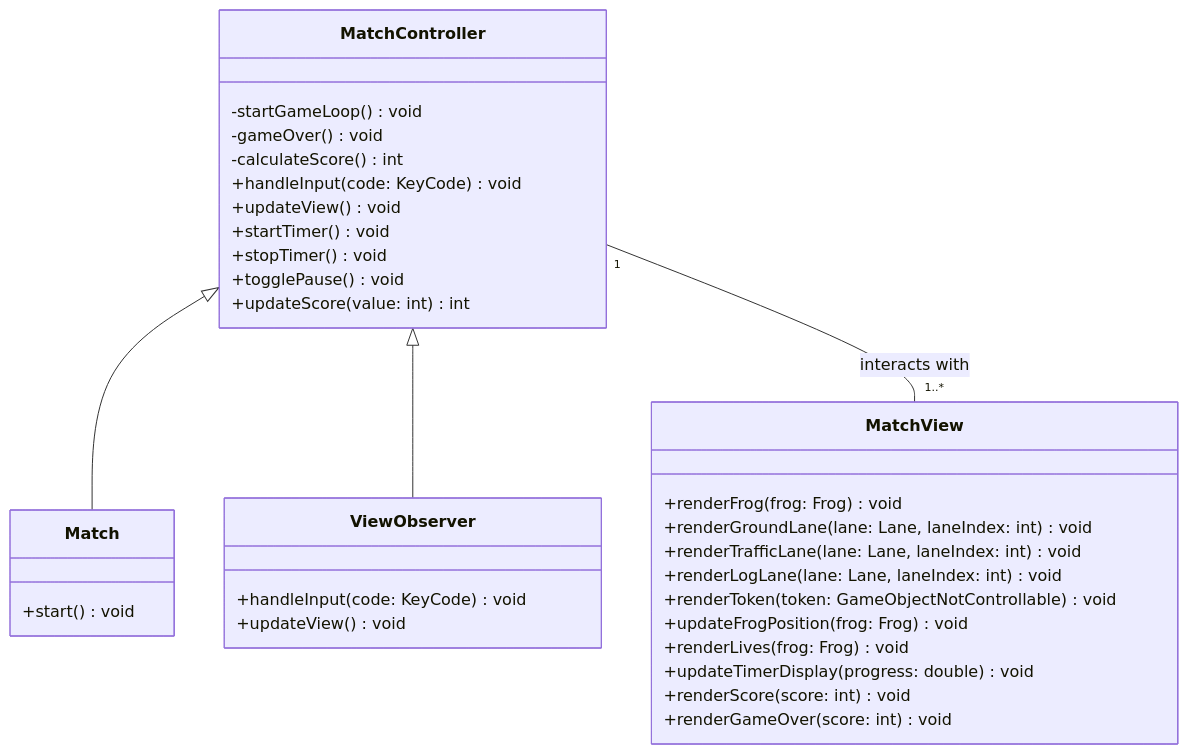
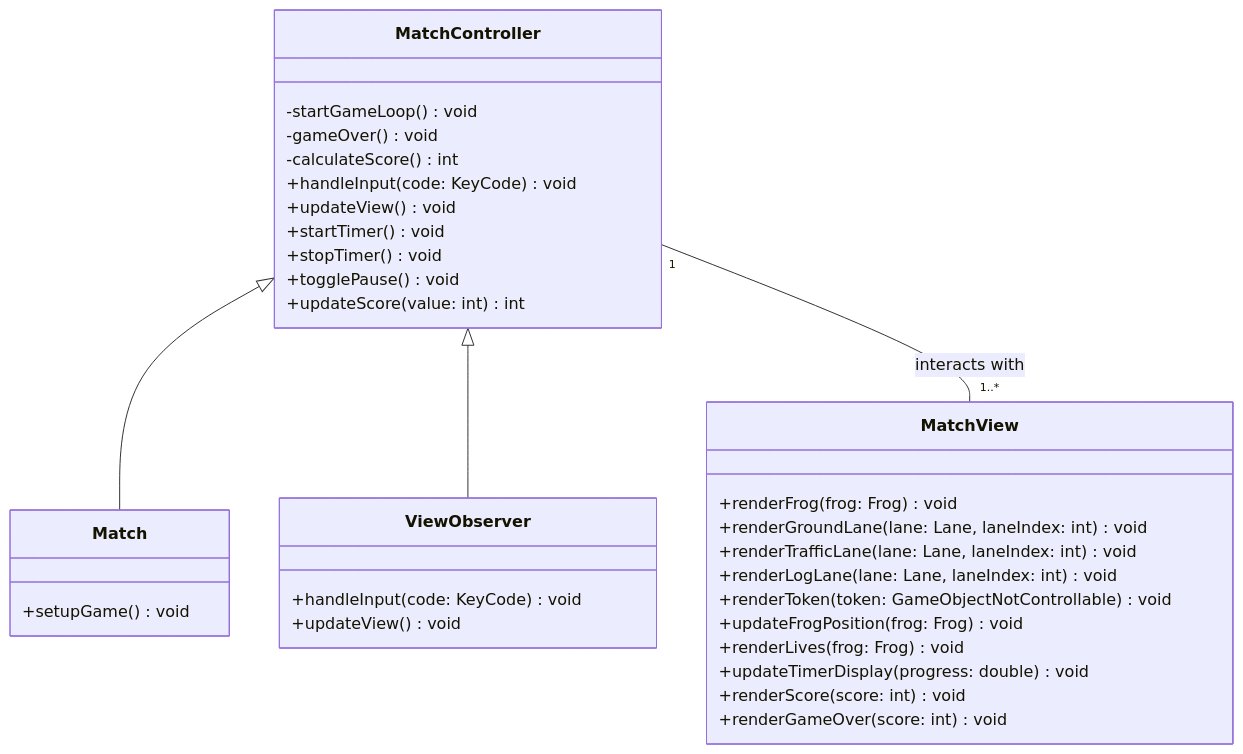
One commit to giuliavanni/frogger changed the second of 4 diagrams in README.md. Above: the diagram before and after it, drawn with Mermaid. The commit also changed other lines of this file, not shown here.

````diff
--- a/README.md
+++ b/README.md
@@ -149,41 +146,41 @@
 ```mermaid
 classDiagram
 
 class Match {
-    +start() void
+    +setupGame() void
 }
 
 class MatchView {
     +renderFrog(frog: Frog) void
     +renderGroundLane(lane: Lane, laneIndex: int) void
     +renderTrafficLane(lane: Lane, laneIndex: int) void
     +renderLogLane(lane: Lane, laneIndex: int) void
     +renderToken(token: GameObjectNotControllable) void
     +updateFrogPosition(frog: Frog) void
     +renderLives(frog: Frog) void
     +updateTimerDisplay(progress: double) void
     +renderScore(score: int) void
     +renderGameOver(score: int) void
 }
 
 class ViewObserver {
     +handleInput(code: KeyCode) void
     +updateView() void
 }
 
 class MatchController {
     -startGameLoop() void
     -gameOver() void
     -calculateScore() int
     +handleInput(code: KeyCode) void
     +updateView() void
     +startTimer() void
     +stopTimer() void
     +togglePause() void
     +updateScore(value: int) int
 }
 
 MatchController <|-- Match
 MatchController <|-- ViewObserver
 MatchController "1" -- "1..*" MatchView : interacts with
 ```
````
